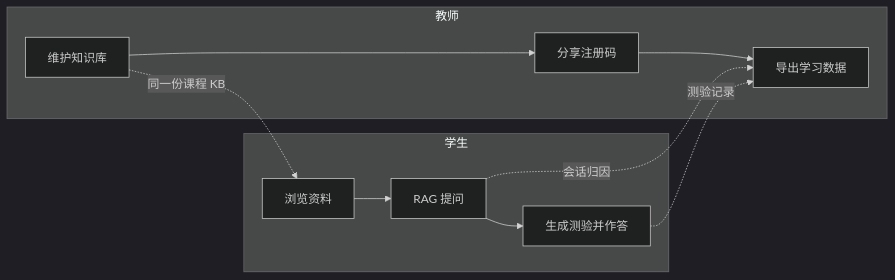
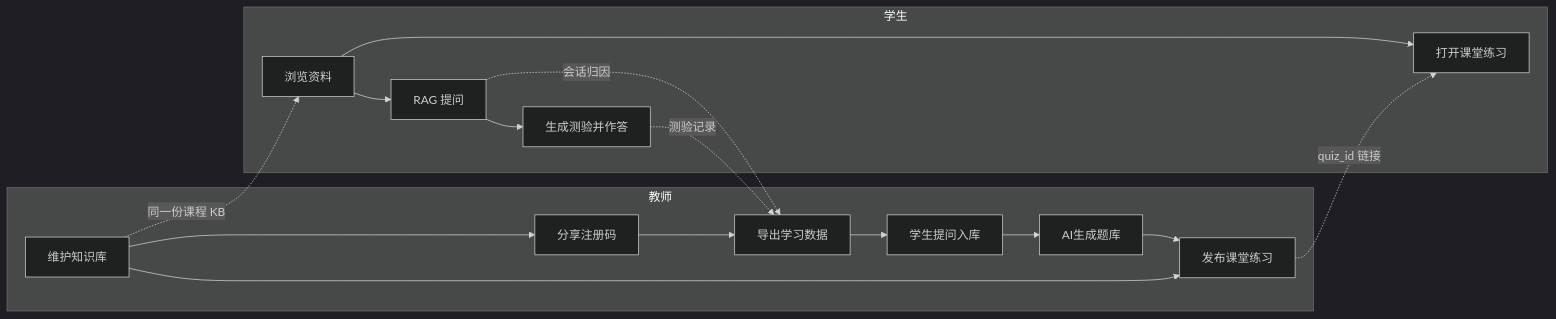
Before and after one commit to JinYue-star/ForRag: the first of 2 diagrams in docs/ForRAG_PRD.md, drawn with Mermaid (dark theme). The commit also changed other lines of this file and 49 other files, not shown here.

````diff
--- a/docs/ForRAG_PRD.md
+++ b/docs/ForRAG_PRD.md
@@ -154,14 +156,20 @@
 ```mermaid
 flowchart LR
   subgraph teacher [教师]
     A[维护知识库] --> B[分享注册码]
     B --> C[导出学习数据]
+    C --> C2[学生提问入库]
+    C2 --> C3[AI生成题库]
+    C3 --> C4[发布课堂练习]
+    A --> C4
   end
   subgraph student [学生]
     D[浏览资料] --> E[RAG 提问]
     E --> F[生成测验并作答]
+    D --> G[打开课堂练习]
   end
   A -.->|同一份课程 KB| D
   E -.->|会话归因| C
   F -.->|测验记录| C
+  C4 -.->|quiz_id 链接| G
 ```
````
